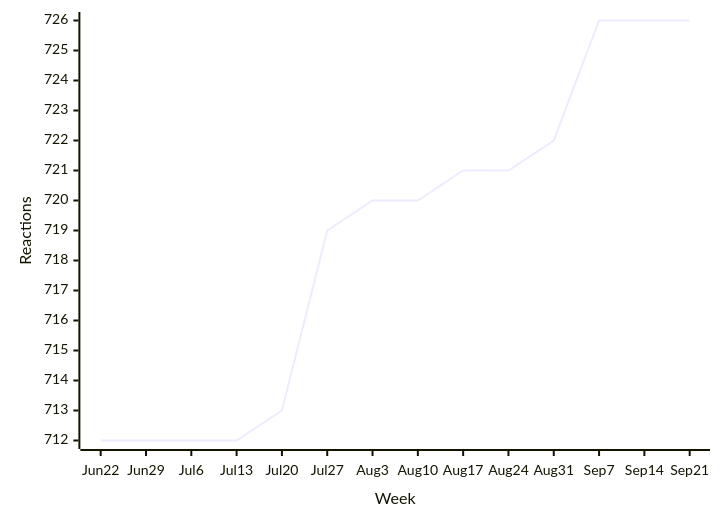
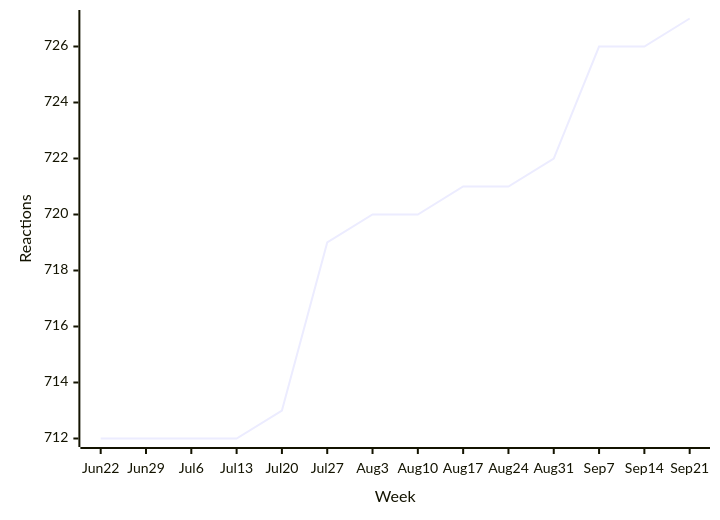
One commit to loic-sharma/github-insights changed diagram 12 of 41 in README.md. Above: the diagram before and after it, drawn with Mermaid. The commit also changed other lines of this file and 3 other files, not shown here.

````diff
--- a/README.md
+++ b/README.md
@@ -511,6 +511,6 @@
   ```mermaid
   xychart-beta
     x-axis "Week" [Jun 22, Jun 29, Jul 6, Jul 13, Jul 20, Jul 27, Aug 3, Aug 10, Aug 17, Aug 24, Aug 31, Sep 7, Sep 14, Sep 21]
     y-axis "Reactions"
-    line [712, 712, 712, 712, 713, 719, 720, 720, 721, 721, 722, 726, 726, 726]
+    line [712, 712, 712, 712, 713, 719, 720, 720, 721, 721, 722, 726, 726, 727]
   ```
````
